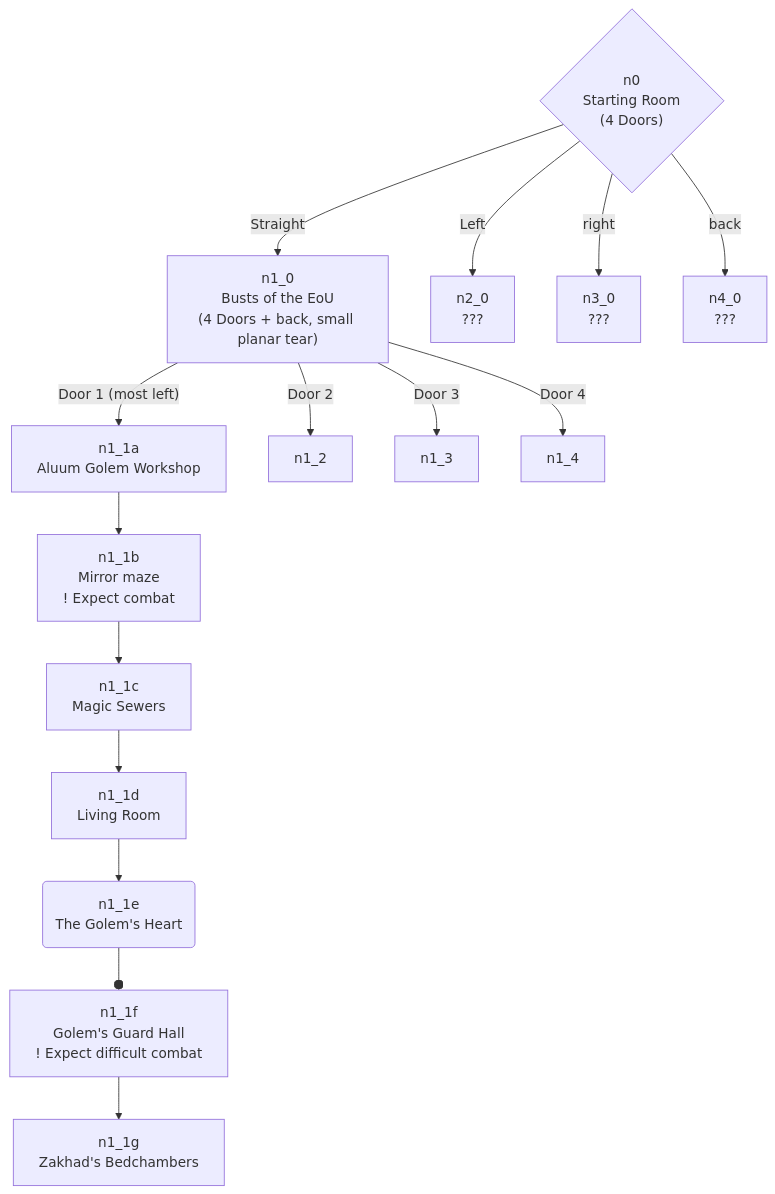
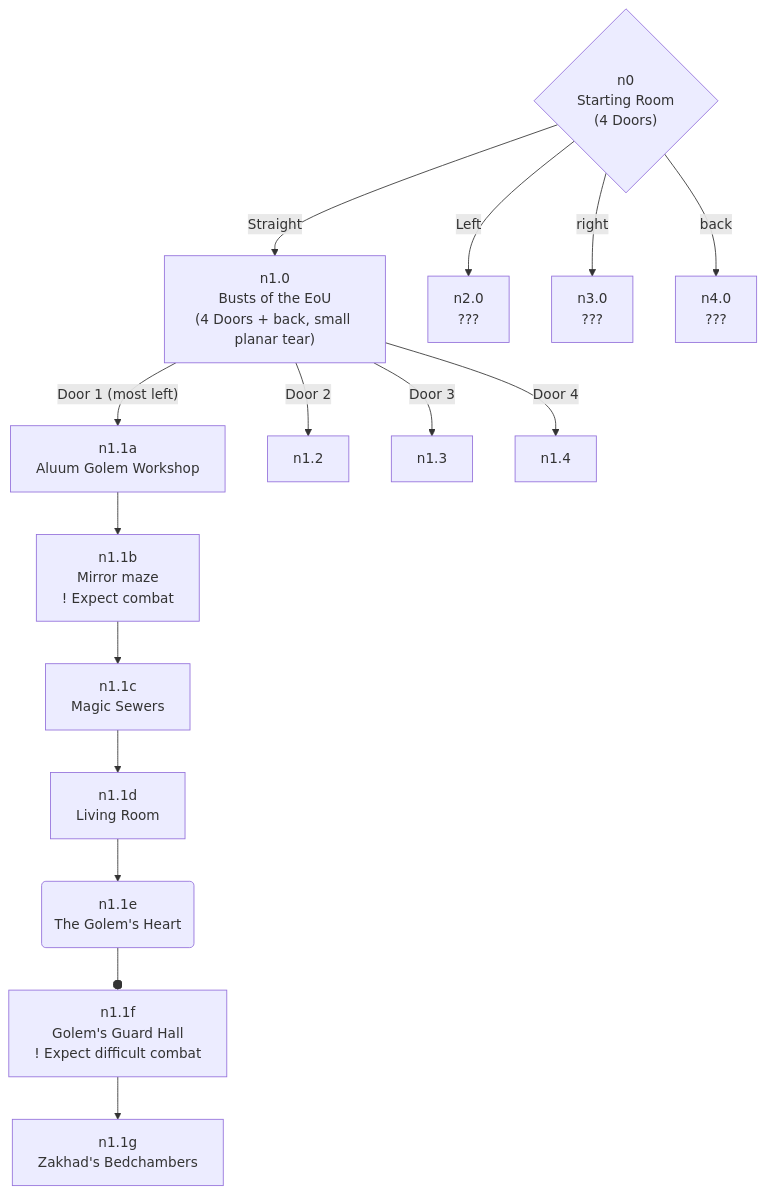
Before and after one commit to Zorth/void_player_wiki: the diagram in content/World Notes/Wizard tower of Zakhad.md, drawn with Mermaid. The commit also changed other lines of this file, not shown here.

Commit message:
remove comments from mermaid

````diff
--- a/content/World Notes/Wizard tower of Zakhad.md
+++ b/content/World Notes/Wizard tower of Zakhad.md
@@ -16,41 +16,36 @@
 ```mermaid
 flowchart TB
 
 	n0{"n0<br>Starting Room<br>(4 Doors)"}
-	n0 -- Straight --> n1_0
-	n0 -- Left --> n2_0
-	n0 -- right --> n3_0
-	n0 -- back --> n4_0
+	n0 -- Straight --> n1.0
+	n0 -- Left --> n2.0
+	n0 -- right --> n3.0
+	n0 -- back --> n4.0
 	
-	%% n1 = straight at entrance
-	n1_0["n1_0<br>Busts of the EoU<br>(4 Doors + back, small planar tear)"]
-	n1_0 -- Door 1 (most left) --> n1_1a
-	n1_0 -- Door 2 --> n1_2
-	n1_0 -- Door 3 --> n1_3
-	n1_0 -- Door 4 --> n1_4
+	n1.0["n1.0<br>Busts of the EoU<br>(4 Doors + back, small planar tear)"]
+	n1.0 -- Door 1 (most left) --> n1.1a
+	n1.0 -- Door 2 --> n1.2
+	n1.0 -- Door 3 --> n1.3
+	n1.0 -- Door 4 --> n1.4
 
-	%% n1_1 = first door (a, b, ___ is linear depth)
-	n1_1a["n1_1a<br>Aluum Golem Workshop"]
-	n1_1a --> n1_1b
-	n1_1b["n1_1b<br>Mirror maze<br>! Expect combat"]
-	n1_1b --> n1_1c
-	n1_1c["n1_1c<br>Magic Sewers"]
-	n1_1c --> n1_1d
-	n1_1d["n1_1d<br>Living Room"]
-	n1_1d --> n1_1e
-	n1_1e("n1_1e<br>The Golem's Heart")
-	n1_1e --o n1_1f
-	n1_1f["n1_1f<br>Golem's Guard Hall<br>! Expect difficult combat"]
-	n1_1f --> n1_1g
-	n1_1g["n1_1g<br>Zakhad's Bedchambers"]
+	n1.1a["n1.1a<br>Aluum Golem Workshop"]
+	n1.1a --> n1.1b
+	n1.1b["n1.1b<br>Mirror maze<br>! Expect combat"]
+	n1.1b --> n1.1c
+	n1.1c["n1.1c<br>Magic Sewers"]
+	n1.1c --> n1.1d
+	n1.1d["n1.1d<br>Living Room"]
+	n1.1d --> n1.1e
+	n1.1e("n1.1e<br>The Golem's Heart")
+	n1.1e --o n1.1f
+	n1.1f["n1.1f<br>Golem's Guard Hall<br>! Expect difficult combat"]
+	n1.1f --> n1.1g
+	n1.1g["n1.1g<br>Zakhad's Bedchambers"]
 	
-	%% n2 = left at entrance
-	n2_0[n2_0<br>???]
+	n2.0[n2.0<br>???]
 
-	%% n3 = right at entrance
-	n3_0[n3_0<br>???]
+	n3.0[n3.0<br>???]
 	
-	%% n4 = back at entrance	
-	n4_0[n4_0<br>???]
+	n4.0[n4.0<br>???]
 
 ```
````
